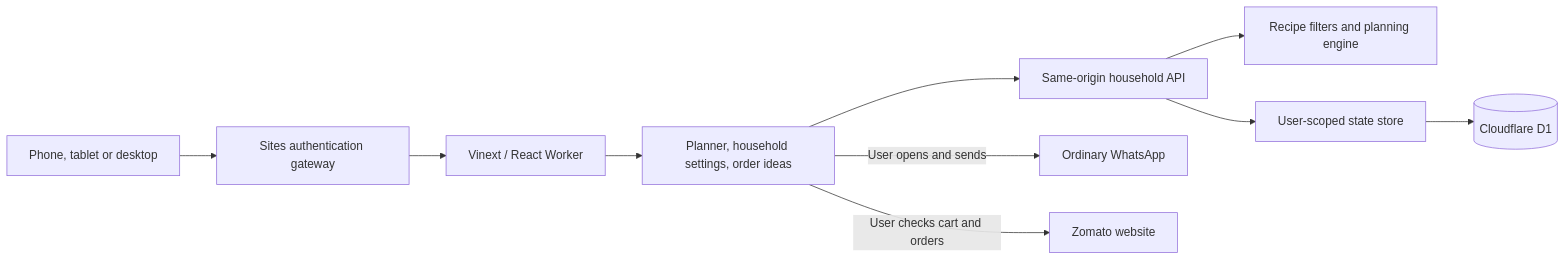
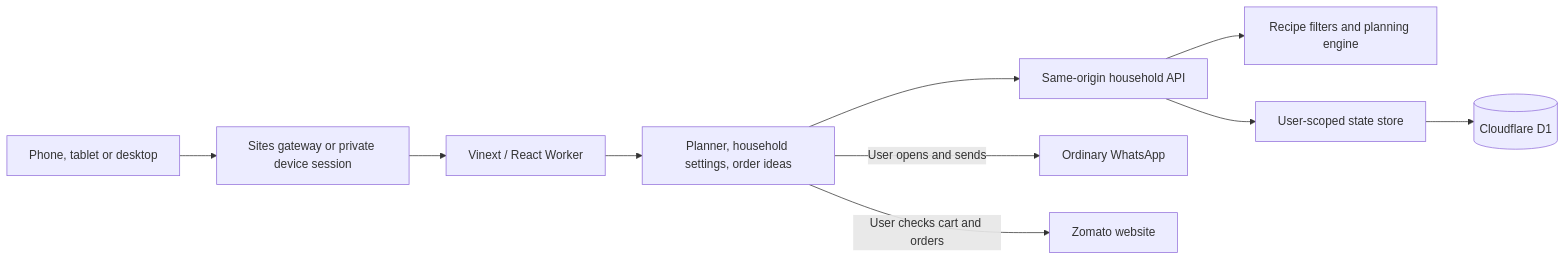
Before and after one commit to rishi-banerjee1/cookbro: the first of 2 diagrams in architecture.md, drawn with Mermaid. The commit also changed other lines of this file and 24 other files, not shown here.

Commit message:
Add private device access for standalone hosting

````diff
--- a/architecture.md
+++ b/architecture.md
@@ -7,12 +7,12 @@
 ```mermaid
 flowchart LR
-  User[Phone, tablet or desktop] --> Gateway[Sites authentication gateway]
+  User[Phone, tablet or desktop] --> Gateway[Sites gateway or private device session]
   Gateway --> Worker[Vinext / React Worker]
   Worker --> UI[Planner, household settings, order ideas]
   UI --> API[Same-origin household API]
   API --> Planner[Recipe filters and planning engine]
   API --> Store[User-scoped state store]
   Store --> D1[(Cloudflare D1)]
   UI -->|User opens and sends| WhatsApp[Ordinary WhatsApp]
   UI -->|User checks cart and orders| Zomato[Zomato website]
 ```
````
